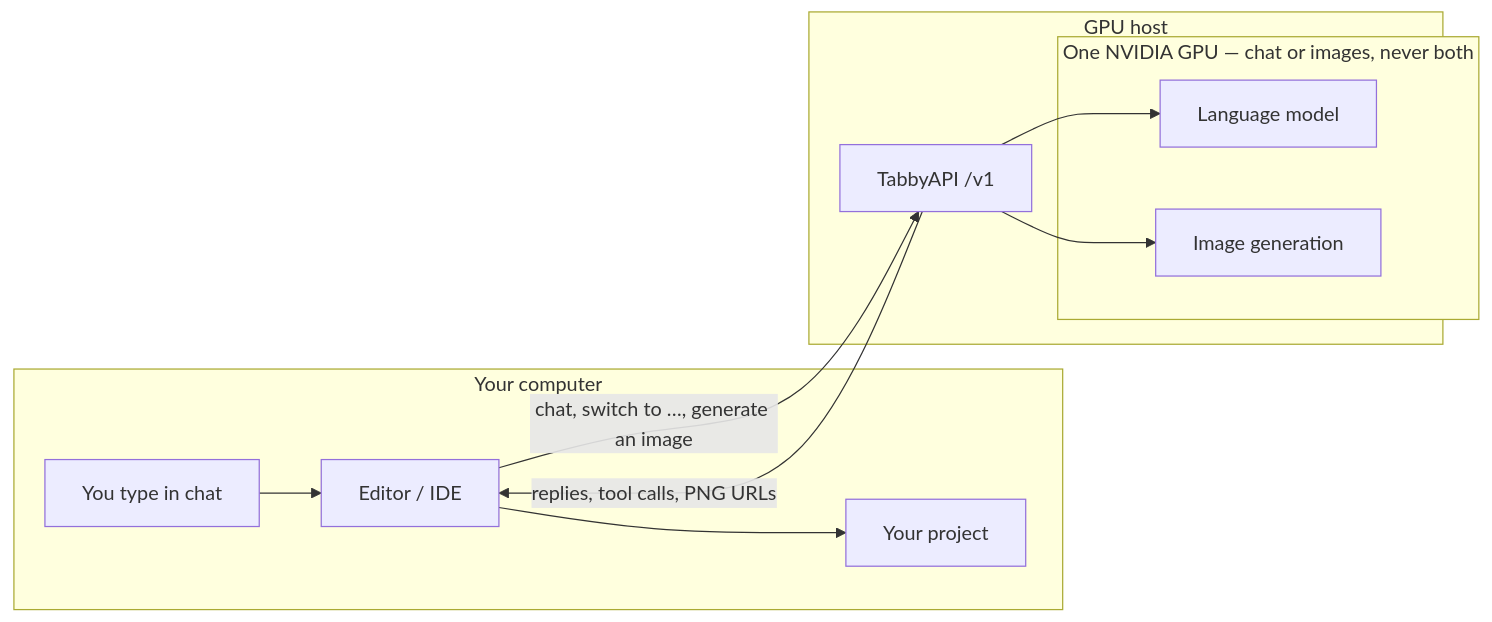
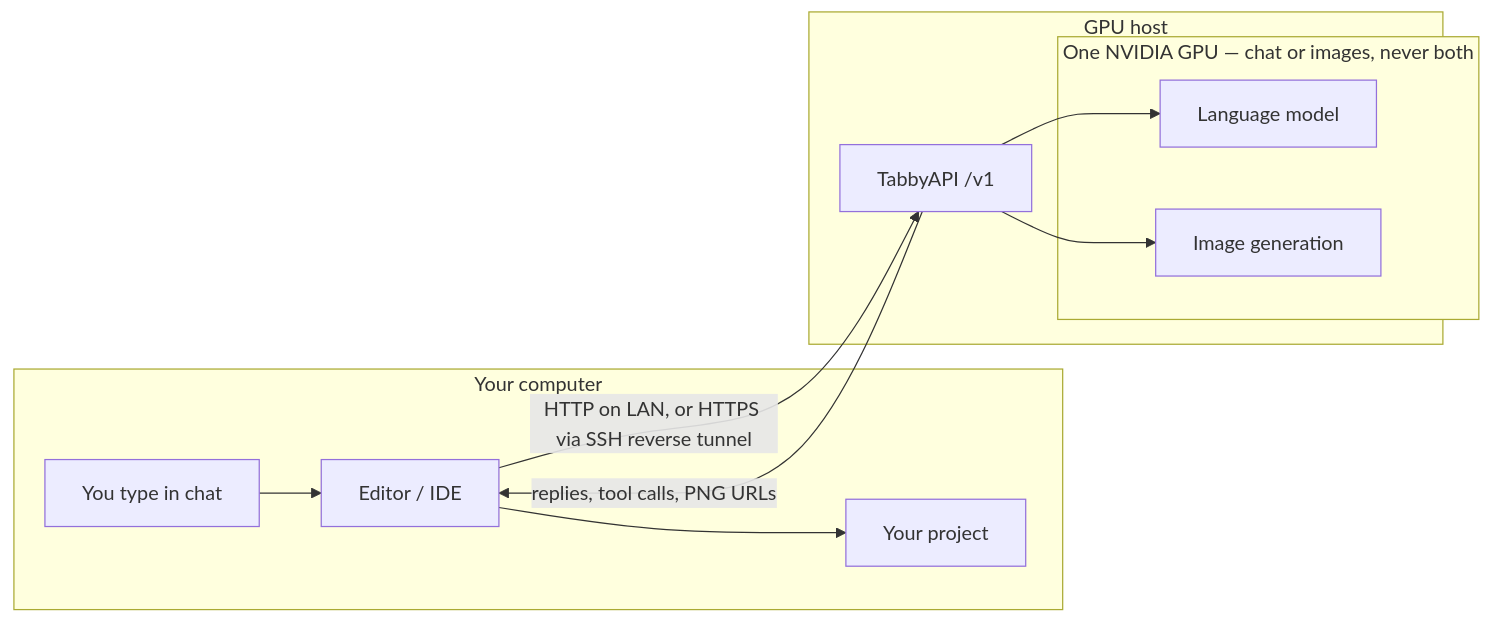
Before and after one commit to styelz/tabby-stack-archlinux: the diagram in README.md, drawn with Mermaid. The commit also changed other lines of this file and 1 other file, not shown here.

Commit message:
Explain that some editors need HTTPS, which is why the reverse SSH tunnel exists.

````diff
--- a/README.md
+++ b/README.md
@@ -7,23 +7,23 @@
 ```mermaid
 flowchart LR
     subgraph client ["Your computer"]
         You["You type in chat"]
         IDE["Editor / IDE"]
         Files["Your project"]
         You --> IDE
         IDE --> Files
     end
 
     subgraph host ["GPU host"]
         API["TabbyAPI /v1"]
         subgraph gpu ["One NVIDIA GPU — chat or images, never both"]
             LLM["Language model"]
             Comfy["Image generation"]
         end
         API --> LLM
         API --> Comfy
     end
 
-    IDE -->|"chat, switch to …, generate an image"| API
+    IDE -->|"HTTP on LAN, or HTTPS via SSH reverse tunnel"| API
     API -->|"replies, tool calls, PNG URLs"| IDE
 ```
````
